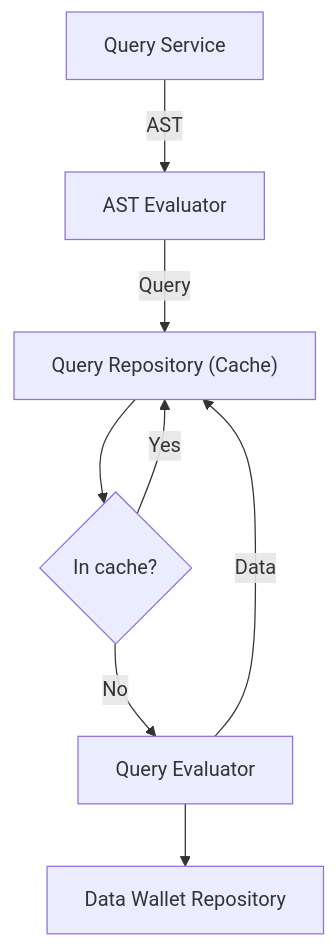
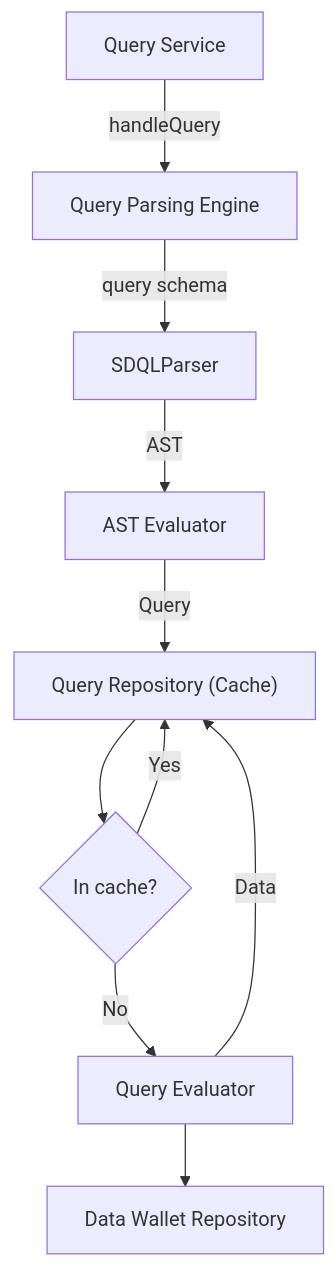
One commit to SnickerdoodleLabs/protocol changed the second of 4 diagrams in documentation/sdql/Execution-Plan.md. Above: the diagram before and after it, drawn with Mermaid. The commit also changed other lines of this file, not shown here.

````diff
--- a/documentation/sdql/Execution-Plan.md
+++ b/documentation/sdql/Execution-Plan.md
@@ -15,8 +15,10 @@
 ```mermaid
 flowchart TD;
-    QP["Query Service"]--AST-->ASTE["AST Evaluator"]--Query-->QR["Query Repository #40;Cache#41;"];
+    QP["Query Service"]--handleQuery-->QPE["Query Parsing Engine"]--query schema-->SDQLParser["SDQLParser"];
+    
+    SDQLParser["SDQLParser"]--AST-->ASTE["AST Evaluator"]--Query-->QR["Query Repository #40;Cache#41;"];
     QR --> Cache{"In cache?"}
     Cache -- Yes --> QR
     Cache -- No --> QEVAL["Query Evaluator"] --> DW["Data Wallet Repository"]
     QEVAL --Data --> QR
 ```
````
